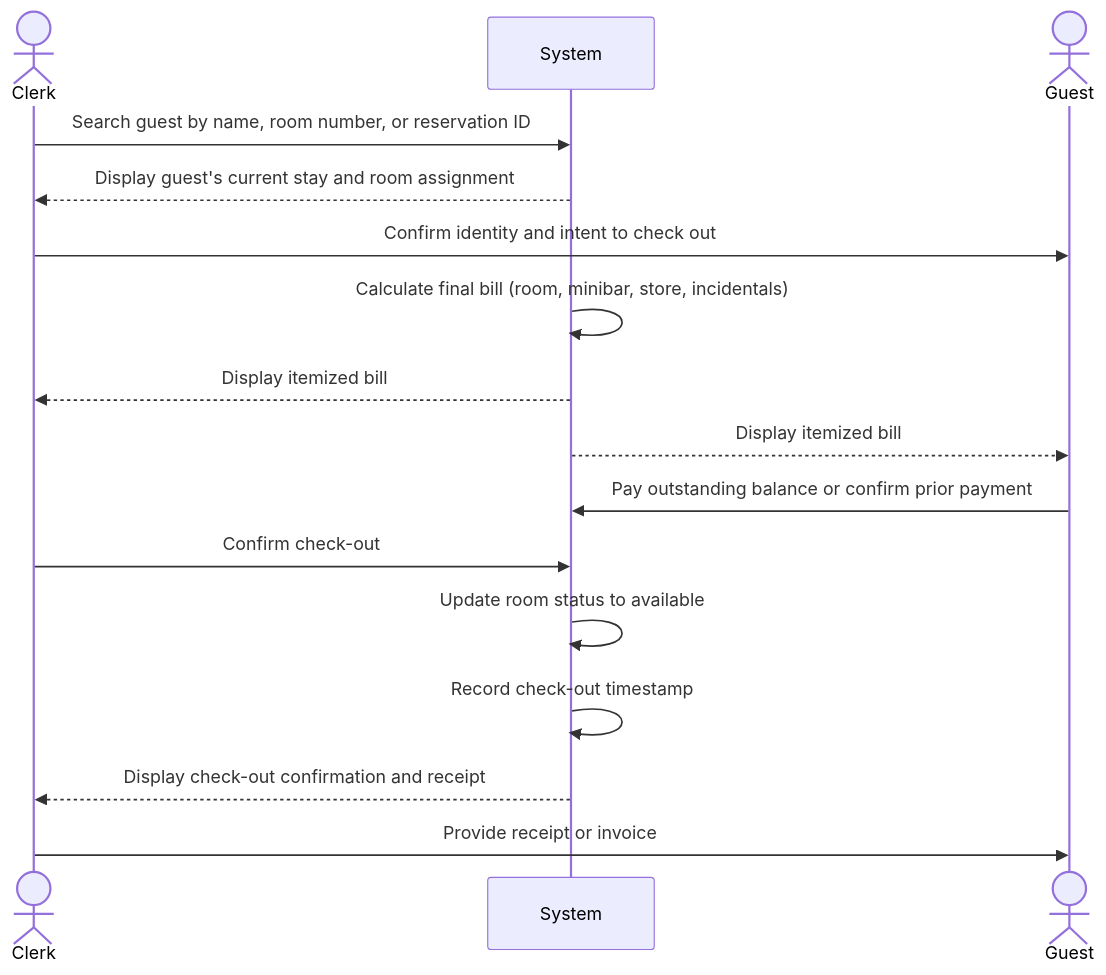
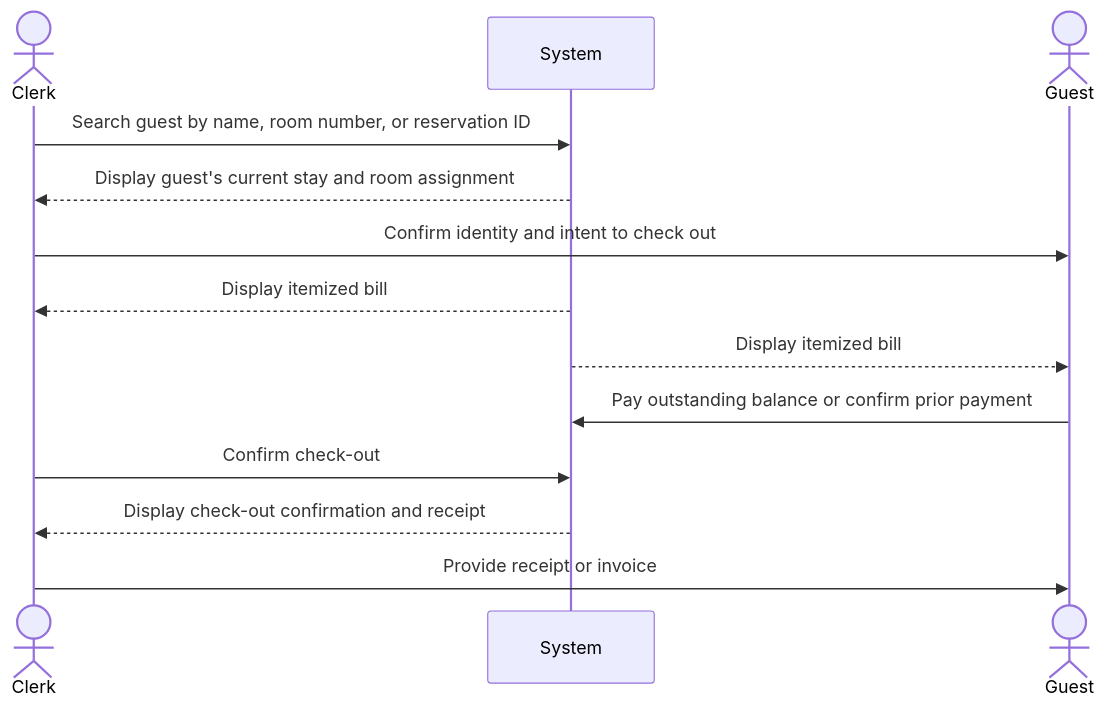
One commit to JaceYar/Software1-Proj changed the diagram in Documentation/User-Cases/ProcessCheckOut.md. Above: the diagram before and after it, drawn with Mermaid. The commit also changed 17 other files, not shown here.

````diff
--- a/Documentation/User-Cases/ProcessCheckOut.md
+++ b/Documentation/User-Cases/ProcessCheckOut.md
@@ -11,19 +11,16 @@
 ```mermaid
 sequenceDiagram
     actor Clerk
     participant System
     actor Guest
 
     Clerk->>System: Search guest by name, room number, or reservation ID
     System-->>Clerk: Display guest's current stay and room assignment
     Clerk->>Guest: Confirm identity and intent to check out
-    System->>System: Calculate final bill (room, minibar, store, incidentals)
     System-->>Clerk: Display itemized bill
     System-->>Guest: Display itemized bill
     Guest->>System: Pay outstanding balance or confirm prior payment
     Clerk->>System: Confirm check-out
-    System->>System: Update room status to available
-    System->>System: Record check-out timestamp
     System-->>Clerk: Display check-out confirmation and receipt
     Clerk->>Guest: Provide receipt or invoice
 ```
````
